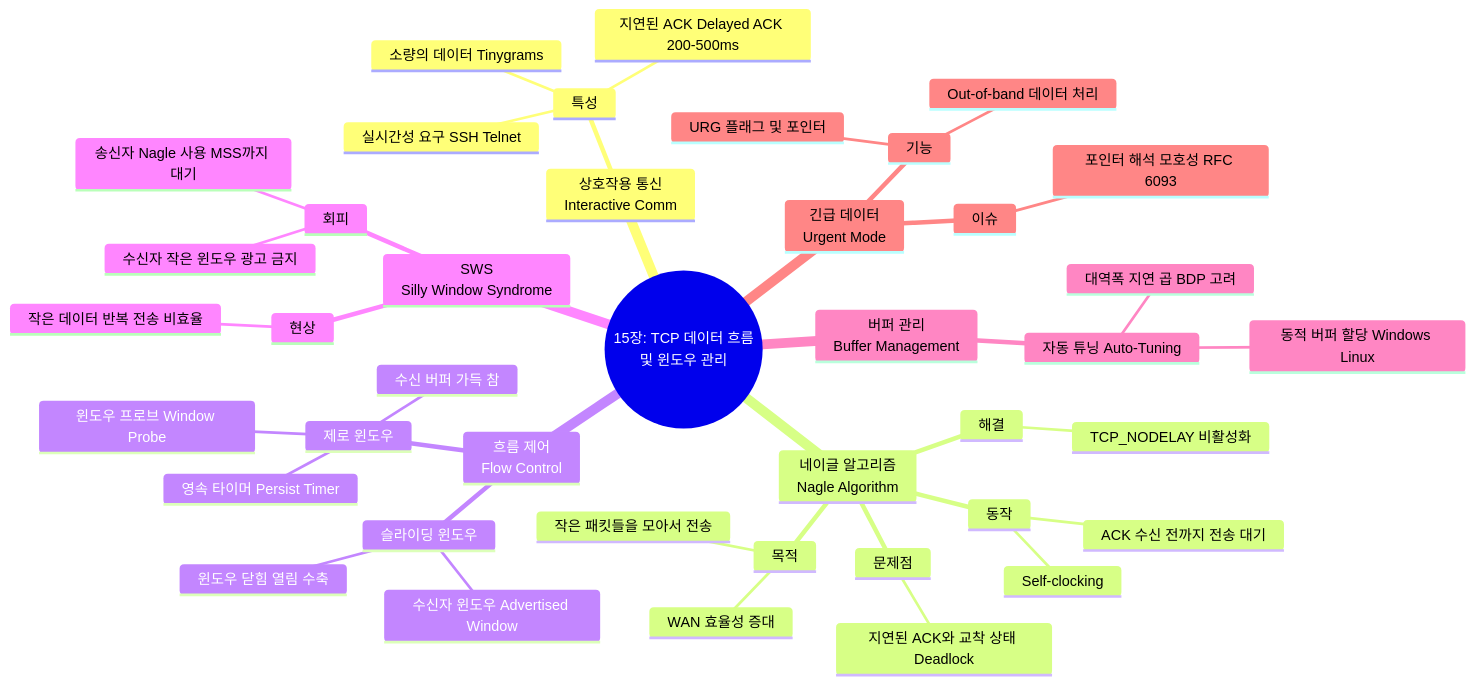
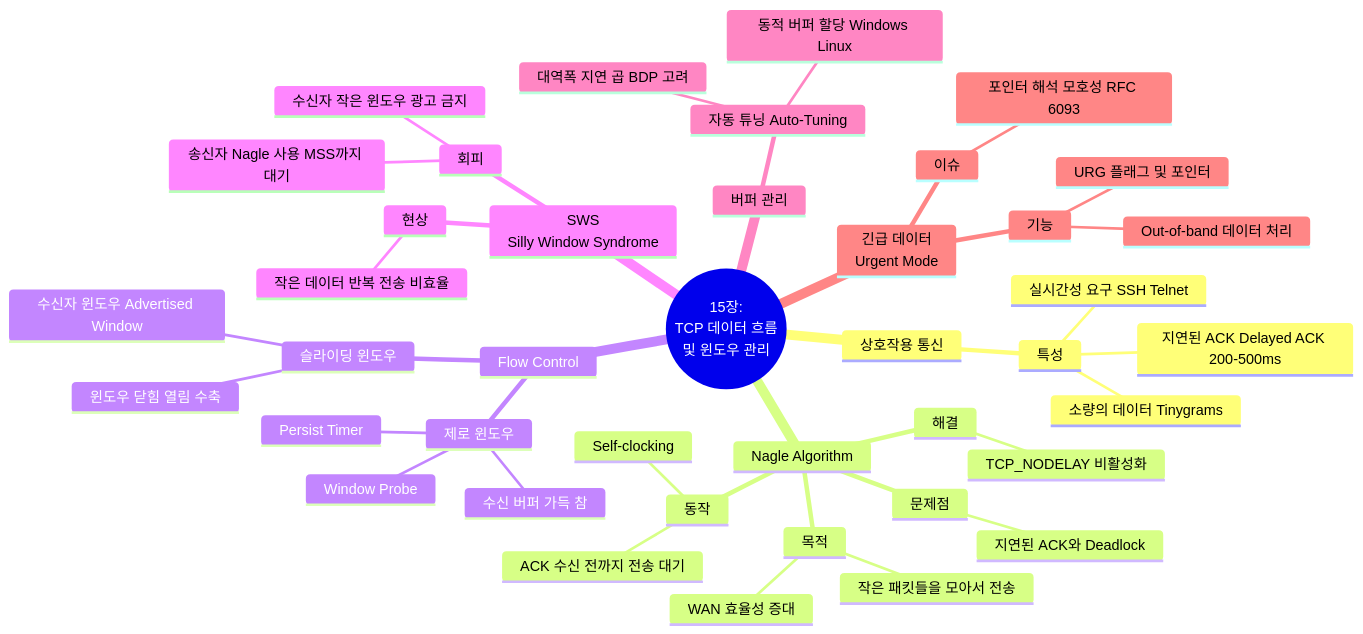
Before and after one commit to youngmin-gwon/what-i-studied: the diagram in 01_inbox/books/tcp_ip_illustrated_1/chapter15.md, drawn with Mermaid. The commit also changed other lines of this file and 6 other files, not shown here.

````diff
--- a/01_inbox/books/tcp_ip_illustrated_1/chapter15.md
+++ b/01_inbox/books/tcp_ip_illustrated_1/chapter15.md
@@ -13,44 +13,44 @@
 ```mermaid
 mindmap
-  root((15장: TCP 데이터 흐름<br>및 윈도우 관리))
-    상호작용 통신<br>Interactive Comm
+  root((15장:<br>TCP 데이터 흐름<br>및 윈도우 관리))
+    상호작용 통신
       특성
         소량의 데이터 Tinygrams
         실시간성 요구 SSH Telnet
         지연된 ACK Delayed ACK 200-500ms
-    네이글 알고리즘<br>Nagle Algorithm
+    Nagle Algorithm
       목적
         작은 패킷들을 모아서 전송
         WAN 효율성 증대
       동작
         ACK 수신 전까지 전송 대기
         Self-clocking
       문제점
-        지연된 ACK와 교착 상태 Deadlock
+        지연된 ACK와 Deadlock
       해결
         TCP_NODELAY 비활성화
-    흐름 제어<br>Flow Control
+    Flow Control
       슬라이딩 윈도우
         수신자 윈도우 Advertised Window
         윈도우 닫힘 열림 수축
       제로 윈도우
         수신 버퍼 가득 참
-        영속 타이머 Persist Timer
-        윈도우 프로브 Window Probe
+        Persist Timer
+        Window Probe
     SWS<br>Silly Window Syndrome
       현상
         작은 데이터 반복 전송 비효율
       회피
         송신자 Nagle 사용 MSS까지 대기
         수신자 작은 윈도우 광고 금지
-    버퍼 관리<br>Buffer Management
+    버퍼 관리
       자동 튜닝 Auto-Tuning
         대역폭 지연 곱 BDP 고려
         동적 버퍼 할당 Windows Linux
     긴급 데이터<br>Urgent Mode
       기능
         URG 플래그 및 포인터
         Out-of-band 데이터 처리
       이슈
         포인터 해석 모호성 RFC 6093
 ```
````
